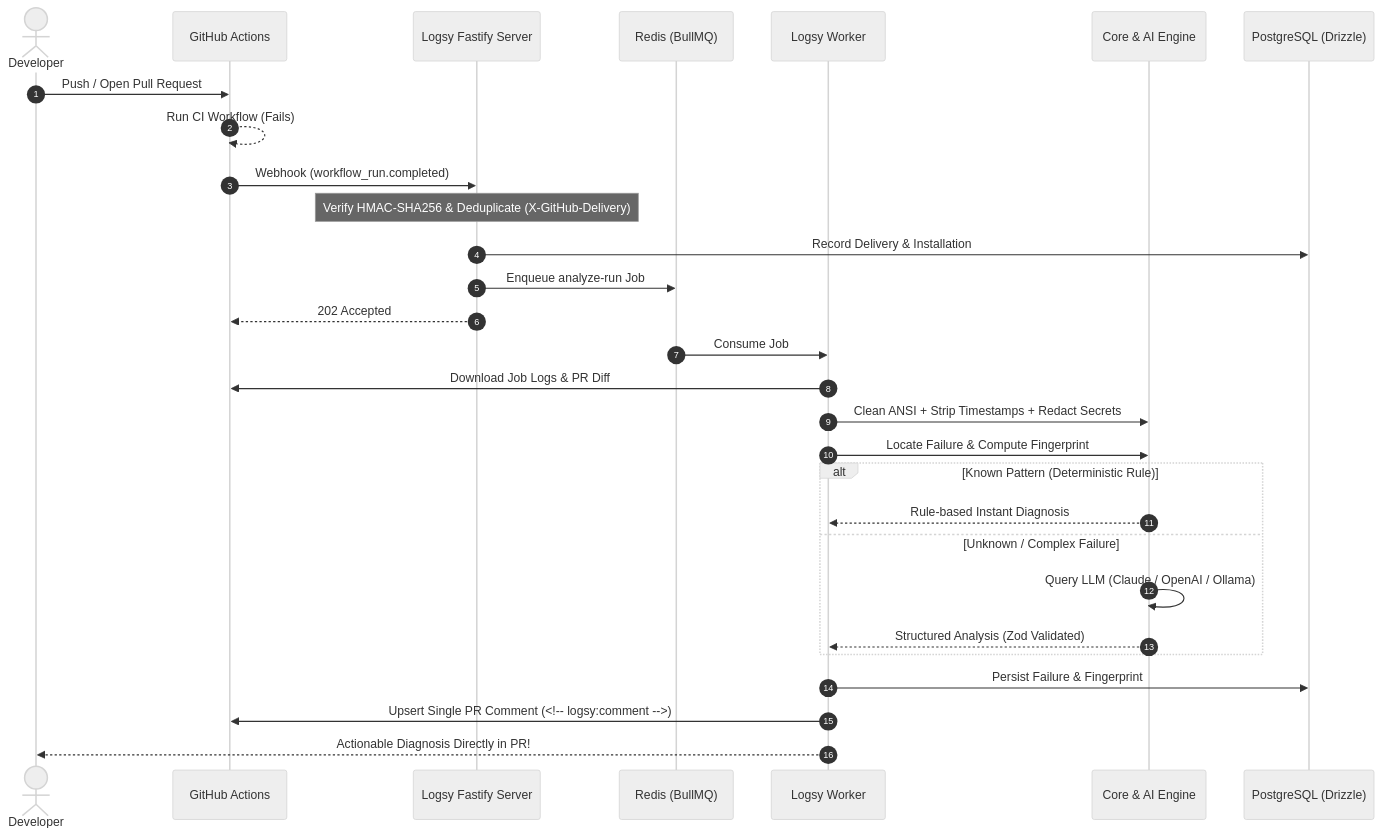
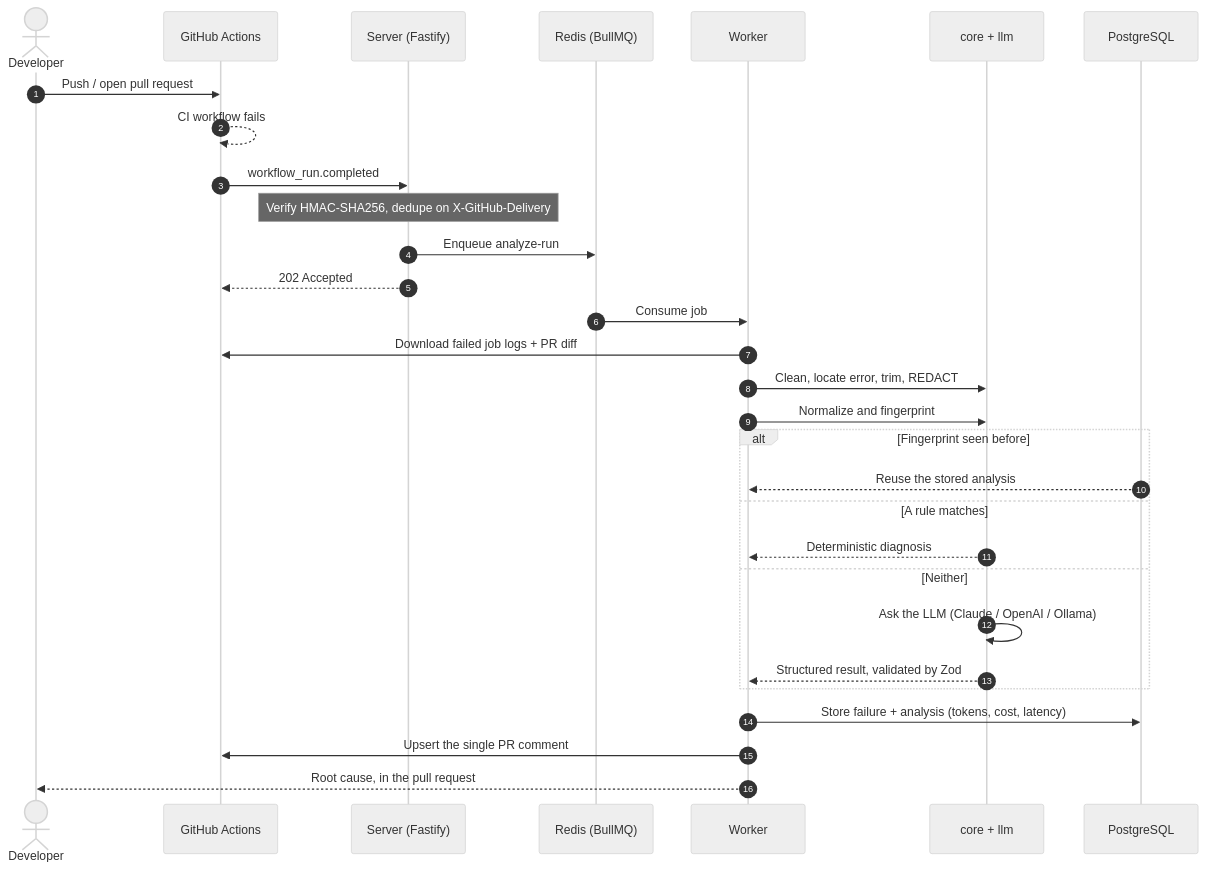
The diagram in README.md (hsanjebri/Logsy), drawn with Mermaid (neutral theme) before and after one commit. The commit also changed other lines of this file and 2 other files, not shown here.

````diff
--- a/README.md
+++ b/README.md
@@ -45,35 +100,36 @@
 ```mermaid
 sequenceDiagram
     autonumber
     actor Dev as Developer
     participant GH as GitHub Actions
-    participant API as Logsy Fastify Server
+    participant API as Server (Fastify)
     participant Queue as Redis (BullMQ)
-    participant Worker as Logsy Worker
-    participant Engine as Core & AI Engine
-    participant DB as PostgreSQL (Drizzle)
+    participant Worker as Worker
+    participant Engine as core + llm
+    participant DB as PostgreSQL
 
-    Dev->>GH: Push / Open Pull Request
-    GH-->>GH: Run CI Workflow (Fails)
-    GH->>API: Webhook (workflow_run.completed)
-    Note over API: Verify HMAC-SHA256 & Deduplicate (X-GitHub-Delivery)
-    API->>DB: Record Delivery & Installation
-    API->>Queue: Enqueue analyze-run Job
+    Dev->>GH: Push / open pull request
+    GH-->>GH: CI workflow fails
+    GH->>API: workflow_run.completed
+    Note over API: Verify HMAC-SHA256, dedupe on X-GitHub-Delivery
+    API->>Queue: Enqueue analyze-run
     API-->>GH: 202 Accepted
 
-    Queue->>Worker: Consume Job
-    Worker->>GH: Download Job Logs & PR Diff
-    Worker->>Engine: Clean ANSI + Strip Timestamps + Redact Secrets
-    Worker->>Engine: Locate Failure & Compute Fingerprint
+    Queue->>Worker: Consume job
+    Worker->>GH: Download failed job logs + PR diff
+    Worker->>Engine: Clean, locate error, trim, REDACT
+    Worker->>Engine: Normalize and fingerprint
 
-    alt Known Pattern (Deterministic Rule)
-        Engine-->>Worker: Rule-based Instant Diagnosis
-    else Unknown / Complex Failure
-        Engine->>Engine: Query LLM (Claude / OpenAI / Ollama)
-        Engine-->>Worker: Structured Analysis (Zod Validated)
+    alt Fingerprint seen before
+        DB-->>Worker: Reuse the stored analysis
+    else A rule matches
+        Engine-->>Worker: Deterministic diagnosis
+    else Neither
+        Engine->>Engine: Ask the LLM (Claude / OpenAI / Ollama)
+        Engine-->>Worker: Structured result, validated by Zod
     end
 
-    Worker->>DB: Persist Failure & Fingerprint
-    Worker->>GH: Upsert Single PR Comment (<!-- logsy:comment -->)
-    Worker-->>Dev: Actionable Diagnosis Directly in PR!
+    Worker->>DB: Store failure + analysis (tokens, cost, latency)
+    Worker->>GH: Upsert the single PR comment
+    Worker-->>Dev: Root cause, in the pull request
 ```
````
